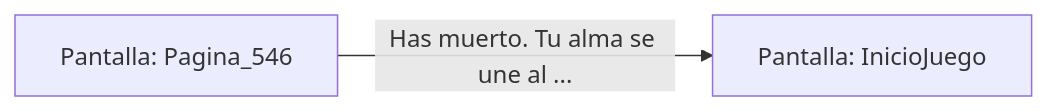
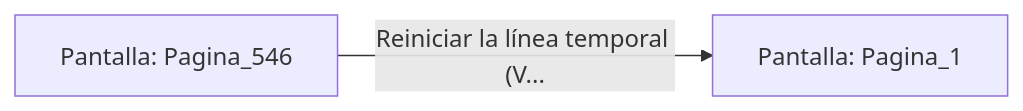
One commit to metsuke/mpl changed the diagram in sample/eligejuego-vault/Pantalla_Pagina_546.md. Above: the diagram before and after it, drawn with Mermaid. The commit also changed other lines of this file and 635 other files, not shown here.

First line of the commit message:
fix: añadir Pagina_1 como pantalla inicial en capitulo_01.mpl

````diff
--- a/sample/eligejuego-vault/Pantalla_Pagina_546.md
+++ b/sample/eligejuego-vault/Pantalla_Pagina_546.md
@@ -17,5 +17,5 @@
 ```mermaid
 graph LR
     P_Pagina_546["Pantalla: Pagina_546"]
-    P_Pagina_546 -->|"Has muerto. Tu alma se une al ..."| P_InicioJuego["Pantalla: InicioJuego"]
+    P_Pagina_546 -->|"Reiniciar la línea temporal (V..."| P_Pagina_1["Pantalla: Pagina_1"]
 ```
````
